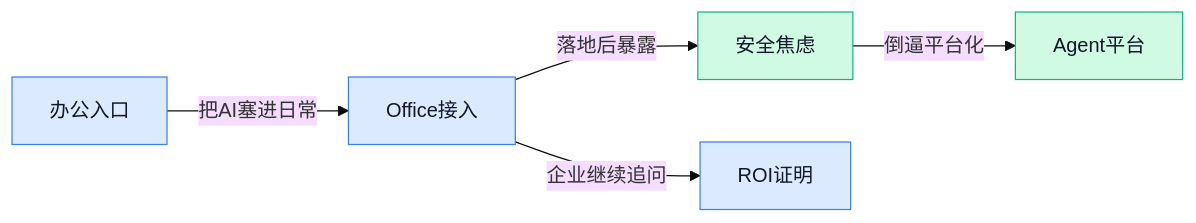
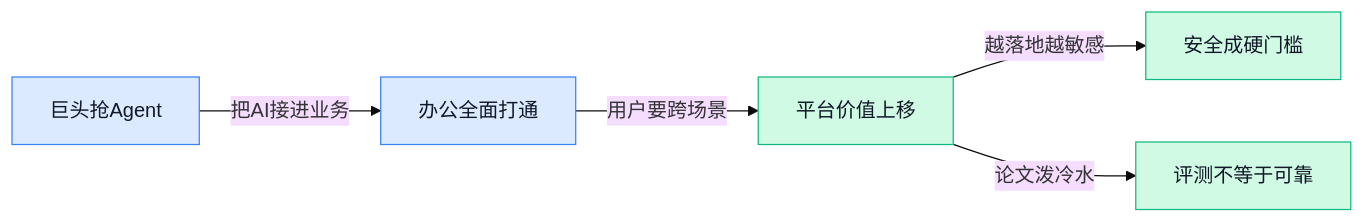
Before and after one commit to ylzsdafei/ai-daily-site: the diagram in content/cn/2026/2026-04/2026-04-14.md, drawn with Mermaid (base theme). The commit also changed other lines of this file and 2 other files, not shown here.

````diff
--- a/content/cn/2026/2026-04/2026-04-14.md
+++ b/content/cn/2026/2026-04/2026-04-14.md
@@ -126,12 +88,11 @@
 ```mermaid
 graph LR
-A[办公入口] -->|把AI塞进日常| B[Office接入]
-B -->|落地后暴露| C[安全焦虑]
-B -->|企业继续追问| D[ROI证明]
-C -->|倒逼平台化| E[Agent平台]
-
+A[巨头抢Agent] -->|把AI接进业务| B[办公全面打通]
+B -->|用户要跨场景| C[平台价值上移]
+C -->|越落地越敏感| D[安全成硬门槛]
+C -->|论文泼冷水| E[评测不等于可靠]
 classDef blue fill:#dbeafe,stroke:#3b82f6,color:#111827
 classDef green fill:#d1fae5,stroke:#10b981,color:#111827
-class A,B,D blue
-class C,E green
+class A,B blue
+class C,D,E green
 ```
````
